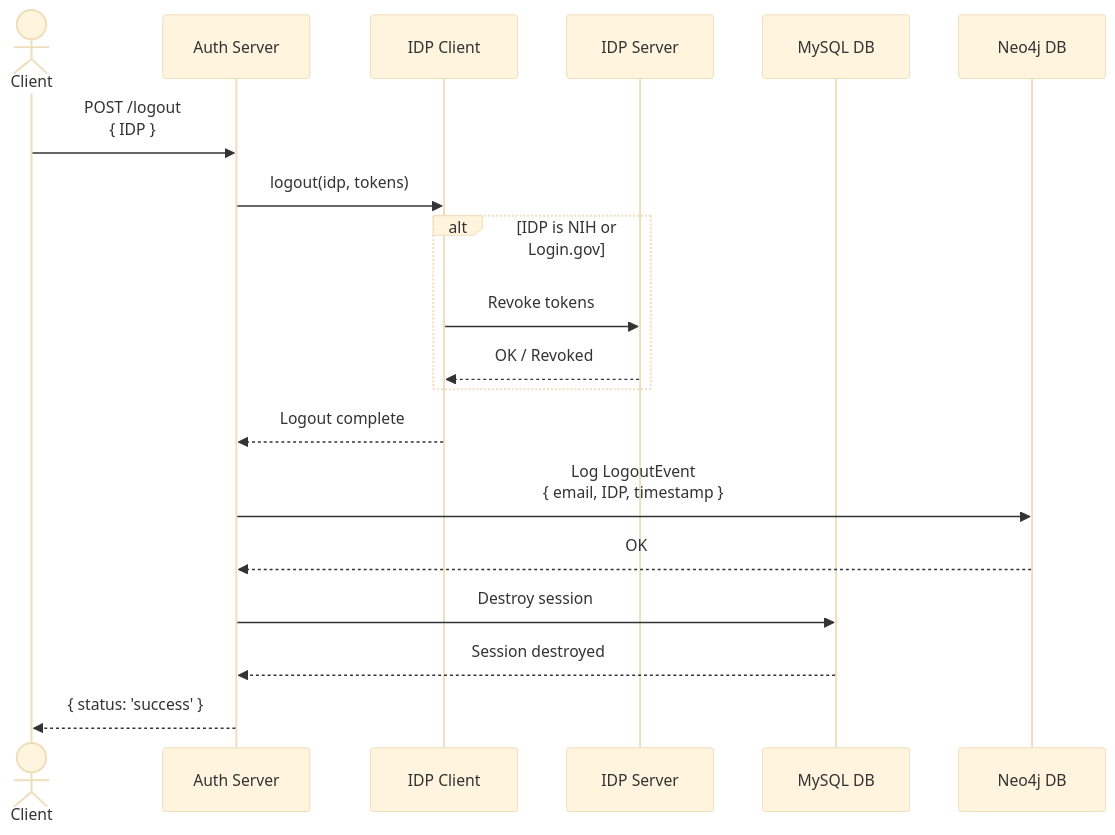
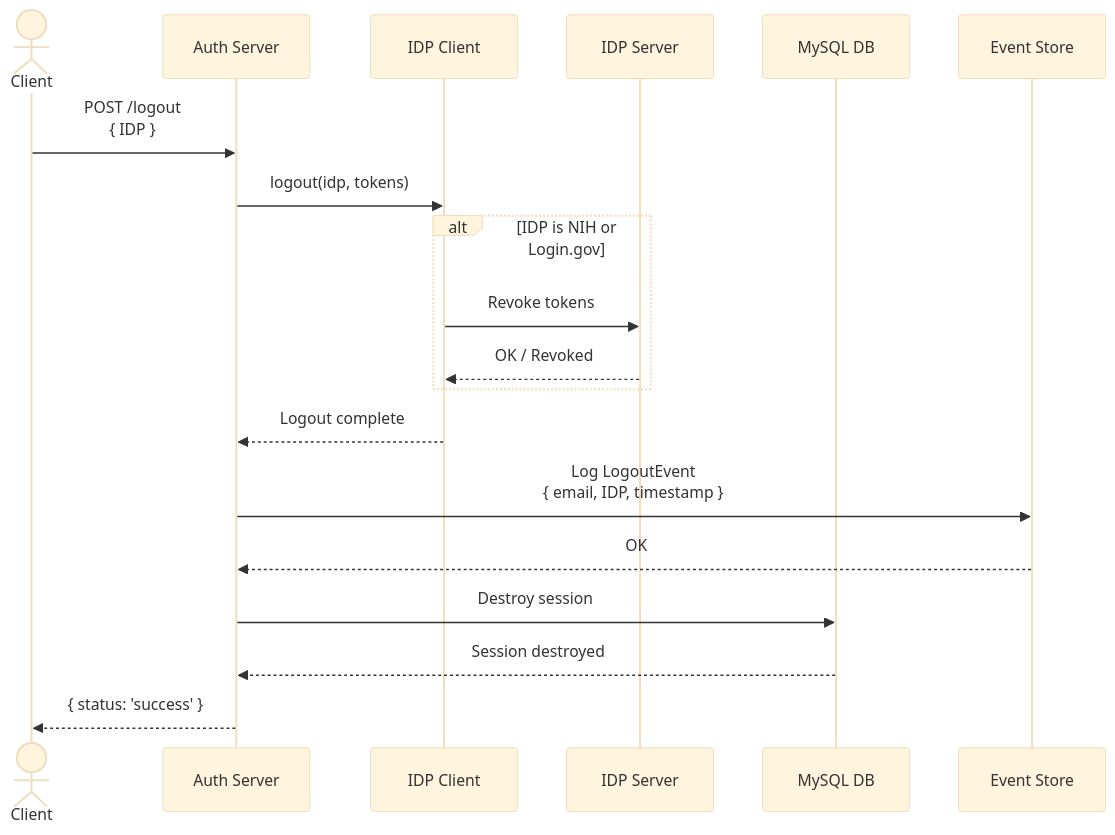
Before and after one commit to CBIIT/crdc-ctdc-authn: the third of 8 diagrams in docs/architecture/runtime-flows.md, drawn with Mermaid (base theme). The commit also changed other lines of this file and 60 other files, not shown here.

````diff
--- a/docs/architecture/runtime-flows.md
+++ b/docs/architecture/runtime-flows.md
@@ -87,26 +87,26 @@
 ```mermaid
 sequenceDiagram
     actor Client
     participant AuthServer as Auth Server
     participant IDP as IDP Client
     participant IDPServer as IDP Server
     participant MySQL as MySQL DB
-    participant Neo4j as Neo4j DB
+    participant EventStore as Event Store
     
     Client->>AuthServer: POST /logout<br/>{ IDP }
     
     AuthServer->>IDP: logout(idp, tokens)
     alt IDP is NIH or Login.gov
         IDP->>IDPServer: Revoke tokens
         IDPServer-->>IDP: OK / Revoked
     end
     IDP-->>AuthServer: Logout complete
     
-    AuthServer->>Neo4j: Log LogoutEvent<br/>{ email, IDP, timestamp }
-    Neo4j-->>AuthServer: OK
+    AuthServer->>EventStore: Log LogoutEvent<br/>{ email, IDP, timestamp }
+    EventStore-->>AuthServer: OK
     
     AuthServer->>MySQL: Destroy session
     MySQL-->>AuthServer: Session destroyed
     
     AuthServer-->>Client: { status: 'success' }
 ```
````
